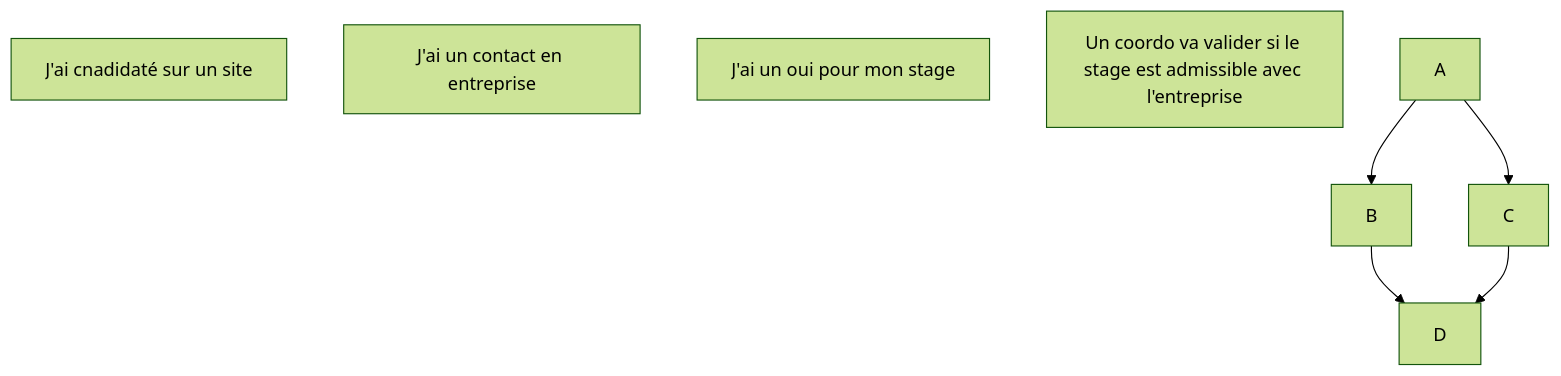
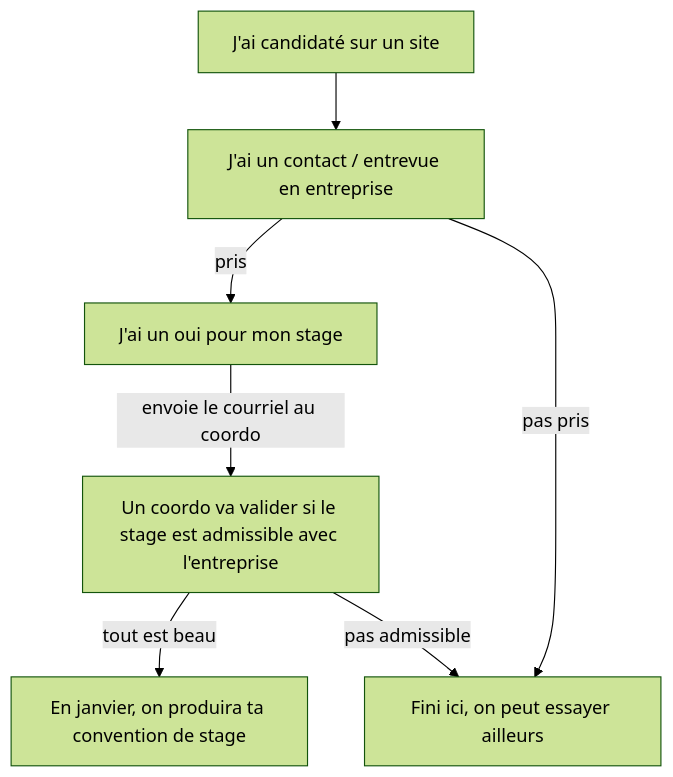
The diagram in etudiants.md (departement-info-cem/stages), drawn with Mermaid (forest theme) before and after one commit. The commit also changed other lines of this file, not shown here.

Commit message:
Etudiants v1

````diff
--- a/etudiants.md
+++ b/etudiants.md
@@ -27,11 +27,16 @@
 ```mermaid
   graph TD;
-    candidater["J'ai cnadidaté sur un site"]
-    contact["J'ai un contact en entreprise"]
+    candidater["J'ai candidaté sur un site"]
+    contact["J'ai un contact / entrevue en entreprise"]
     oui["J'ai un oui pour mon stage"]
     coordoValide["Un coordo va valider si le stage est admissible avec l'entreprise"]
-      A-->B;
-      A-->C;
-      B-->D;
-      C-->D;
+    convention["En janvier, on produira ta convention de stage"]
+    essaieEncore["Fini ici, on peut essayer ailleurs"]
+      candidater-->contact;
+      contact--> |pris|oui;
+      contact--> |pas pris|essaieEncore;
+      oui--> |envoie le courriel au coordo| coordoValide
+      coordoValide--> |tout est beau| convention;
+      coordoValide--> |pas admissible| essaieEncore;
+      
 ```
````
